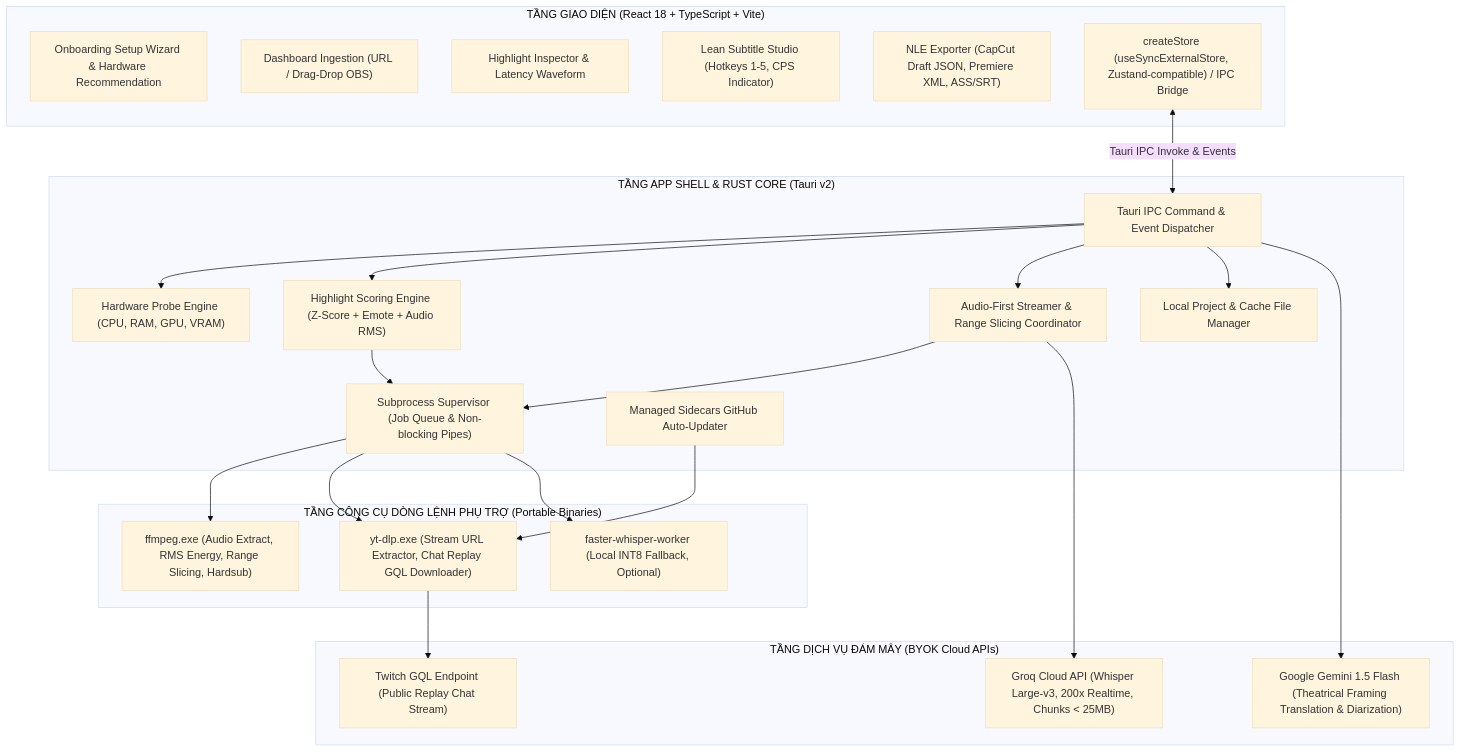
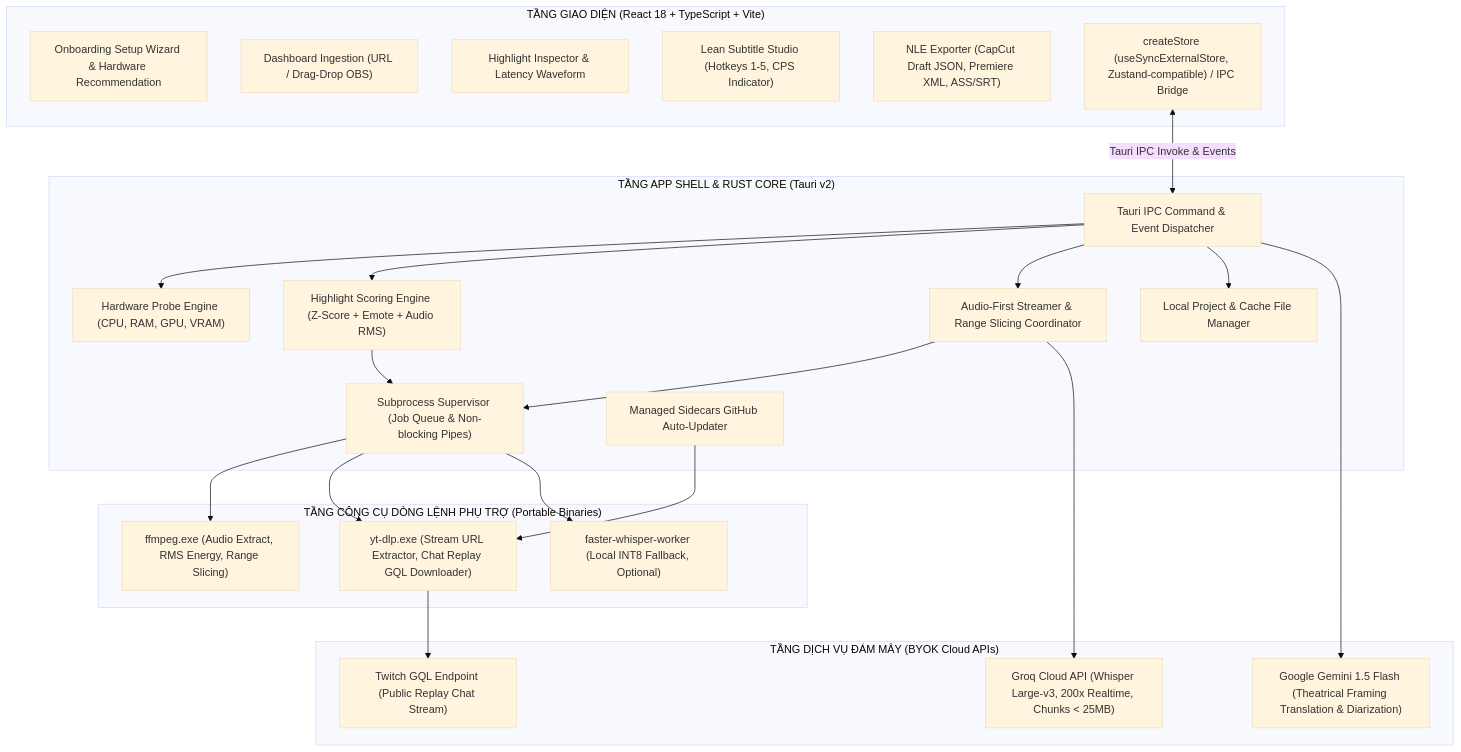
The first of 7 diagrams in docs/ARCHITECTURE.md (Nashidiwa/neuroclip), drawn with Mermaid (base theme) before and after one commit. The commit also changed other lines of this file and 5 other files, not shown here.

````diff
--- a/docs/ARCHITECTURE.md
+++ b/docs/ARCHITECTURE.md
@@ -58,51 +58,51 @@
 ```mermaid
 graph TD
     subgraph UI ["TẦNG GIAO DIỆN (React 18 + TypeScript + Vite)"]
         UI_Onboarding["Onboarding Setup Wizard & Hardware Recommendation"]
         UI_Dashboard["Dashboard Ingestion (URL / Drag-Drop OBS)"]
         UI_Highlight["Highlight Inspector & Latency Waveform"]
         UI_Studio["Lean Subtitle Studio (Hotkeys 1-5, CPS Indicator)"]
         UI_Export["NLE Exporter (CapCut Draft JSON, Premiere XML, ASS/SRT)"]
         UI_Store["createStore (useSyncExternalStore, Zustand-compatible) / IPC Bridge"]
     end
 
     subgraph TAURI ["TẦNG APP SHELL & RUST CORE (Tauri v2)"]
         IPC_Router["Tauri IPC Command & Event Dispatcher"]
         HW_Probe["Hardware Probe Engine (CPU, RAM, GPU, VRAM)"]
         Proc_Supervisor["Subprocess Supervisor (Job Queue & Non-blocking Pipes)"]
         HL_Engine["Highlight Scoring Engine (Z-Score + Emote + Audio RMS)"]
         Audio_Slicer["Audio-First Streamer & Range Slicing Coordinator"]
         Storage_Mgr["Local Project & Cache File Manager"]
         Sidecar_Updater["Managed Sidecars GitHub Auto-Updater"]
     end
 
     subgraph SIDECARS ["TẦNG CÔNG CỤ DÒNG LỆNH PHỤ TRỢ (Portable Binaries)"]
-        SC_FFmpeg["ffmpeg.exe (Audio Extract, RMS Energy, Range Slicing, Hardsub)"]
+        SC_FFmpeg["ffmpeg.exe (Audio Extract, RMS Energy, Range Slicing)"]
         SC_YtDlp["yt-dlp.exe (Stream URL Extractor, Chat Replay GQL Downloader)"]
         SC_Whisper["faster-whisper-worker (Local INT8 Fallback, Optional)"]
     end
 
     subgraph CLOUD_AI ["TẦNG DỊCH VỤ ĐÁM MÂY (BYOK Cloud APIs)"]
         API_Groq["Groq Cloud API (Whisper Large-v3, 200x Realtime, Chunks < 25MB)"]
         API_Gemini["Google Gemini 1.5 Flash (Theatrical Framing Translation & Diarization)"]
         API_Twitch["Twitch GQL Endpoint (Public Replay Chat Stream)"]
     end
 
     %% Giao tiếp giữa các tầng
     UI_Store <-->|Tauri IPC Invoke & Events| IPC_Router
     IPC_Router --> HW_Probe
     IPC_Router --> HL_Engine
     IPC_Router --> Audio_Slicer
     IPC_Router --> Storage_Mgr
     
     Audio_Slicer --> Proc_Supervisor
     HL_Engine --> Proc_Supervisor
     Proc_Supervisor --> SC_FFmpeg
     Proc_Supervisor --> SC_YtDlp
     Proc_Supervisor --> SC_Whisper
     Sidecar_Updater --> SC_YtDlp
 
     Audio_Slicer --> API_Groq
     IPC_Router --> API_Gemini
     SC_YtDlp --> API_Twitch
 ```
````
